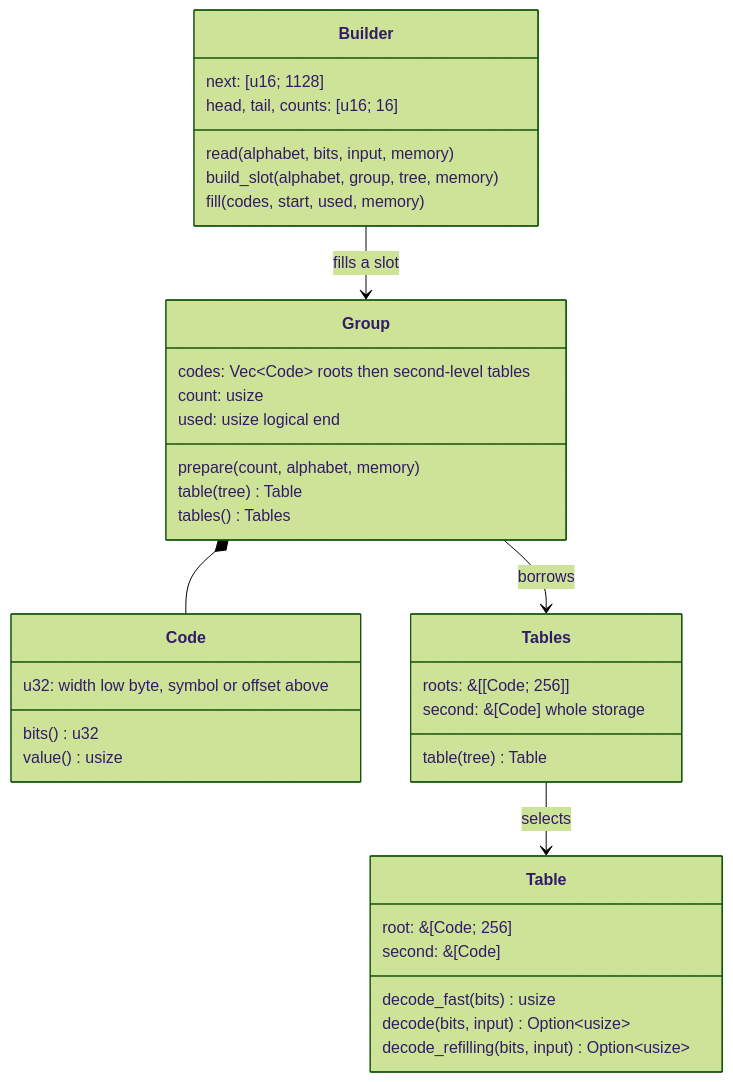
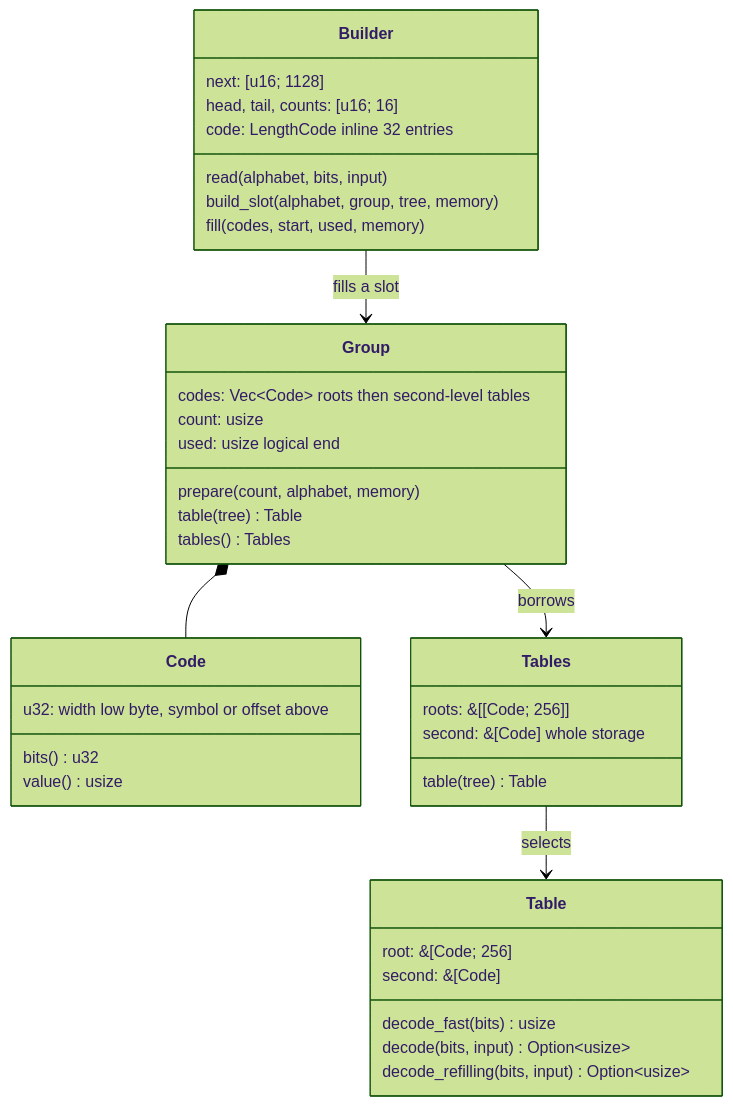
The fourth of 10 diagrams in architecture/decompressor.md (Mnwa/mbrotli), drawn with Mermaid (forest theme) before and after one commit. The commit also changed other lines of this file and 179 other files, not shown here.

````diff
--- a/architecture/decompressor.md
+++ b/architecture/decompressor.md
@@ -198,39 +207,40 @@
 ```mermaid
 classDiagram
     class Code {
         u32: width low byte, symbol or offset above
         bits() u32
         value() usize
     }
     class Group {
         codes: Vec~Code~ roots then second-level tables
         count: usize
         used: usize logical end
         prepare(count, alphabet, memory)
         table(tree) Table
         tables() Tables
     }
     class Tables {
         roots: &[[Code; 256]]
         second: &[Code] whole storage
         table(tree) Table
     }
     class Table {
         root: &[Code; 256]
         second: &[Code]
         decode_fast(bits) usize
         decode(bits, input) Option~usize~
         decode_refilling(bits, input) Option~usize~
     }
     class Builder {
         next: [u16; 1128]
         head, tail, counts: [u16; 16]
-        read(alphabet, bits, input, memory)
+        code: LengthCode inline 32 entries
+        read(alphabet, bits, input)
         build_slot(alphabet, group, tree, memory)
         fill(codes, start, used, memory)
     }
     Group *-- Code
     Group --> Tables : borrows
     Tables --> Table : selects
     Builder --> Group : fills a slot
 ```
````
